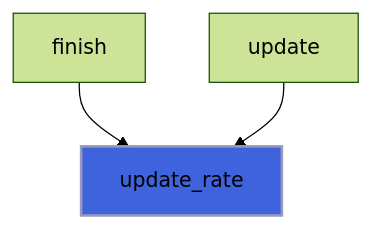
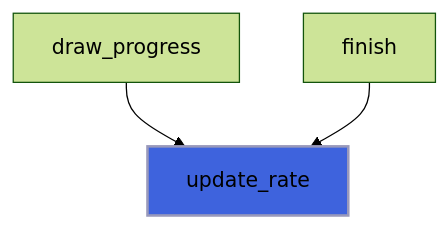
One commit to szaghi/forbear changed diagram 19 of 35 in docs/api/src/lib/forbear_bar_object.md. Above: the diagram before and after it, drawn with Mermaid (forest theme). The commit also changed other lines of this file and 26 other files, not shown here.

````diff
--- a/docs/api/src/lib/forbear_bar_object.md
+++ b/docs/api/src/lib/forbear_bar_object.md
@@ -664,6 +728,6 @@
 ```mermaid
 flowchart TD
+  draw_progress["draw_progress"] --> update_rate["update_rate"]
   finish["finish"] --> update_rate["update_rate"]
-  update["update"] --> update_rate["update_rate"]
   style update_rate fill:#3e63dd,stroke:#99b,stroke-width:2px
 ```
````
